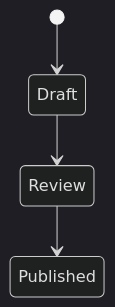
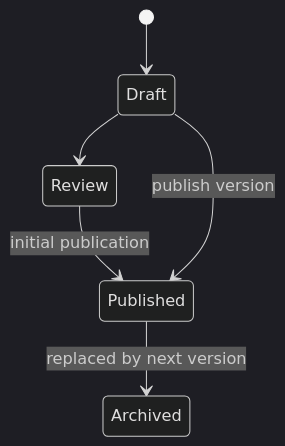
The first of 7 diagrams in docs/design/operations.md (Natoandro/verso), drawn with Mermaid (dark theme) before and after one commit. The commit also changed other lines of this file and 7 other files, not shown here.

````diff
--- a/docs/design/operations.md
+++ b/docs/design/operations.md
@@ -13,6 +13,8 @@
 ```mermaid
 stateDiagram-v2
     [*] --> Draft
     Draft --> Review
-    Review --> Published
+    Review --> Published: initial publication
+    Draft --> Published: publish version
+    Published --> Archived: replaced by next version
 ```
````
